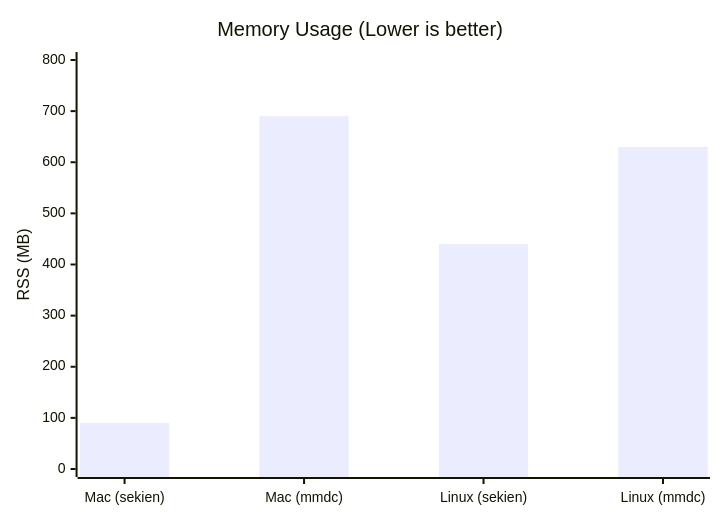
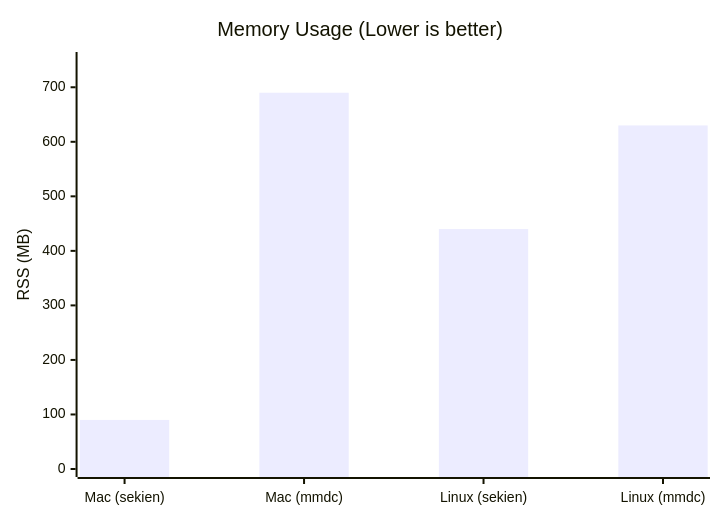
The second of 2 diagrams in README.md (olibrauma/sekien), drawn with Mermaid before and after one commit. The commit also changed other lines of this file, not shown here.

````diff
--- a/README.md
+++ b/README.md
@@ -40,7 +43,7 @@
 ```mermaid
 xychart-beta
     title "Memory Usage (Lower is better)"
     x-axis ["Mac (sekien)", "Mac (mmdc)", "Linux (sekien)", "Linux (mmdc)"]
-    y-axis "RSS (MB)" 0 --> 800
+    y-axis "RSS (MB)" 0 --> 750
     bar [90, 690, 440, 630]
 ```
````
